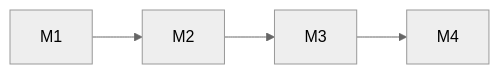
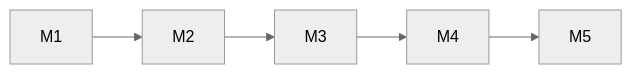
One commit to nickdu2009/projex changed the second of 2 diagrams in docs/MILESTONES.md. Above: the diagram before and after it, drawn with Mermaid (neutral theme). The commit also changed other lines of this file and 2 other files, not shown here.

````diff
--- a/docs/MILESTONES.md
+++ b/docs/MILESTONES.md
@@ -203,4 +238,4 @@
 ```mermaid
 flowchart LR
-  M1 --> M2 --> M3 --> M4
+  M1 --> M2 --> M3 --> M4 --> M5
 ```
````
